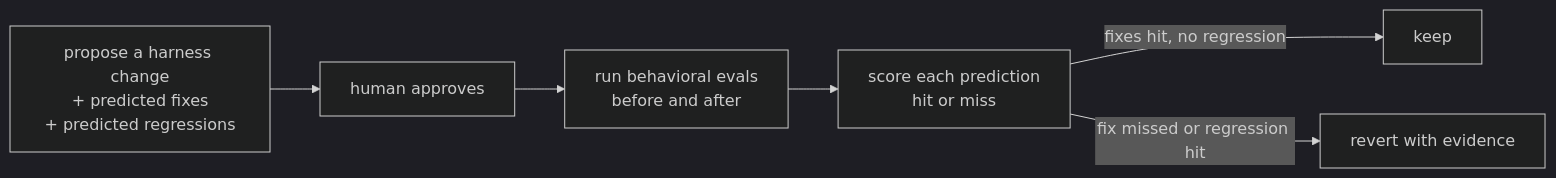
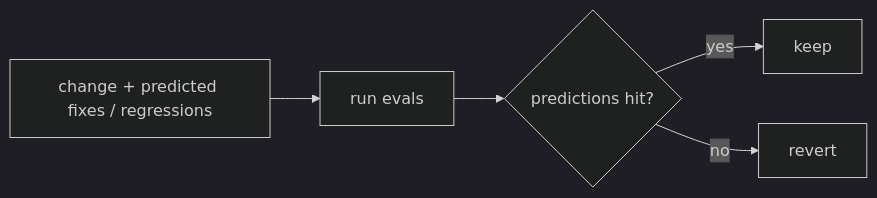
One commit to baksohyeon/mogui-harness-explained changed the diagram in README.md. Above: the diagram before and after it, drawn with Mermaid (dark theme). The commit also changed other lines of this file, not shown here.

````diff
--- a/README.md
+++ b/README.md
@@ -27,8 +9,6 @@
 ```mermaid
 flowchart LR
-    P["propose a harness change<br/>+ predicted fixes<br/>+ predicted regressions"] --> A["human approves"]
-    A --> R["run behavioral evals<br/>before and after"]
-    R --> S["score each prediction<br/>hit or miss"]
-    S -->|"fixes hit, no regression"| K["keep"]
-    S -->|"fix missed or regression hit"| V["revert with evidence"]
+    P["change + predicted fixes / regressions"] --> R["run evals"] --> S{"predictions hit?"}
+    S -->|yes| K["keep"]
+    S -->|no| V["revert"]
 ```
````
